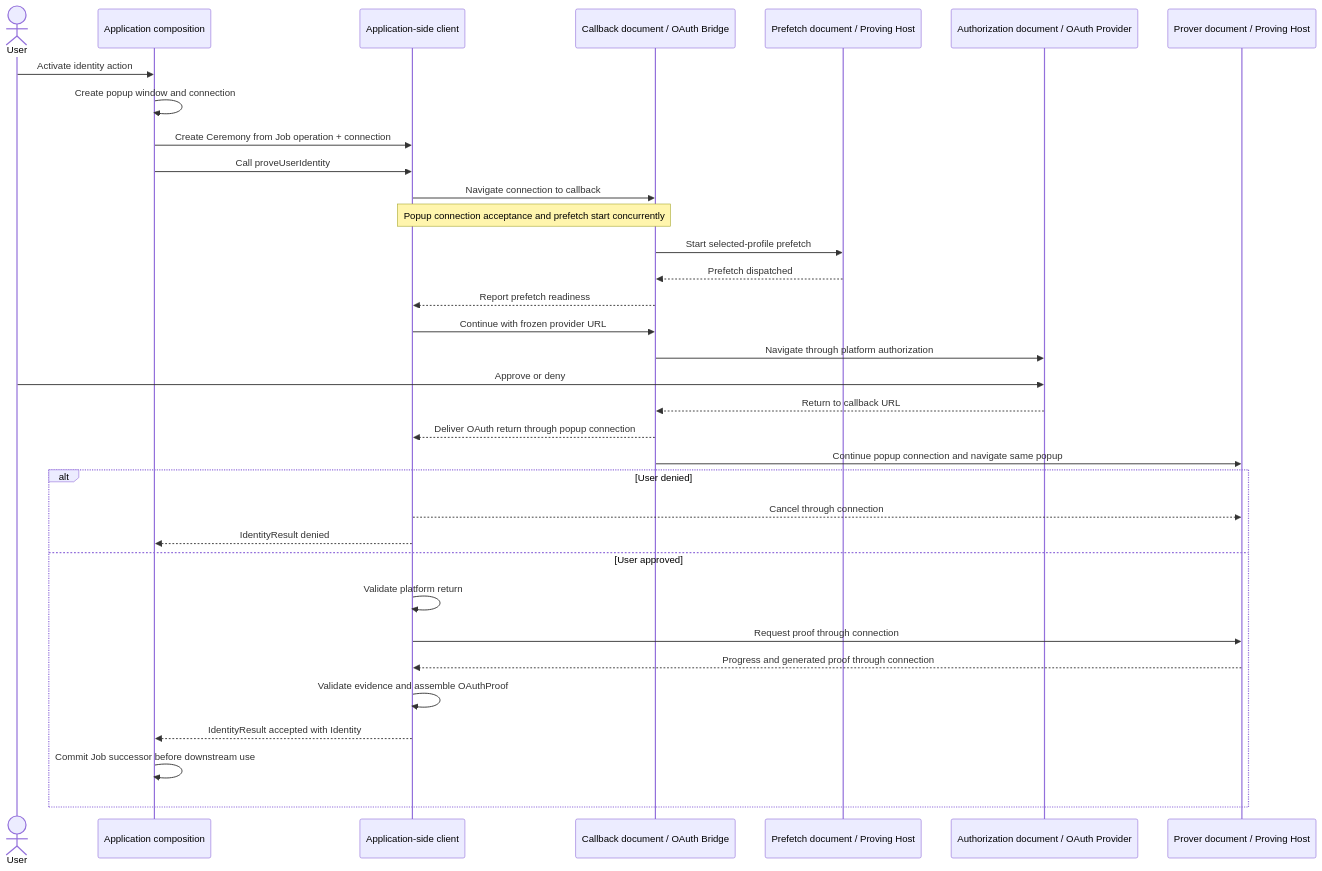
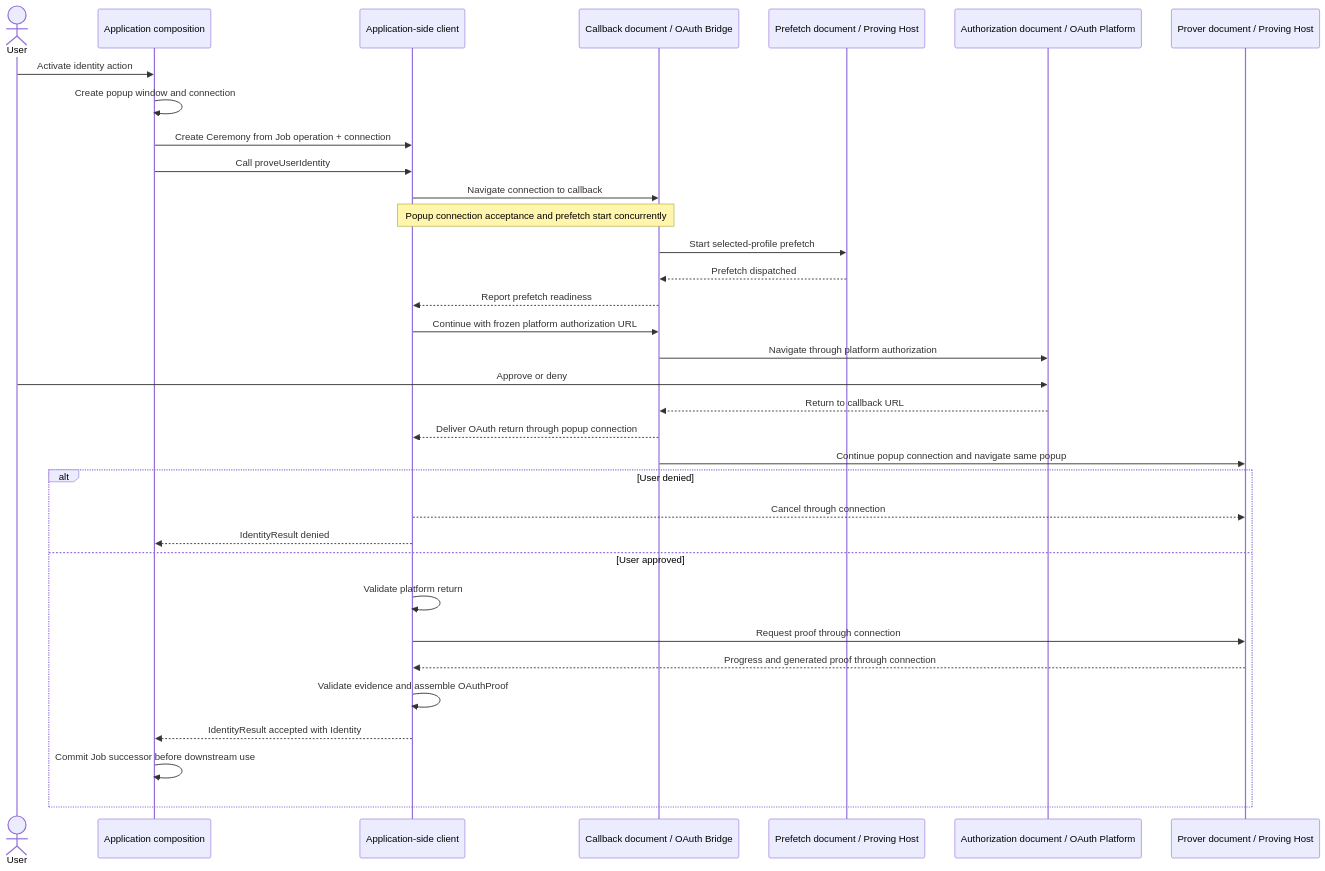
Before and after one commit to libid-org/libid: the diagram in ts/packages/ceremony/ARCHITECTURE.md, drawn with Mermaid. The commit also changed other lines of this file and 7 other files, not shown here.

````diff
--- a/ts/packages/ceremony/ARCHITECTURE.md
+++ b/ts/packages/ceremony/ARCHITECTURE.md
@@ -43,37 +43,37 @@
 ```mermaid
 sequenceDiagram
     actor U as User
     participant A as Application composition
     participant C as Application-side client
     participant P as Callback document / OAuth Bridge
     participant F as Prefetch document / Proving Host
-    participant O as Authorization document / OAuth Provider
+    participant O as Authorization document / OAuth Platform
     participant R as Prover document / Proving Host
 
     U->>A: Activate identity action
     A->>A: Create popup window and connection
     A->>C: Create Ceremony from Job operation + connection
     A->>C: Call proveUserIdentity
     C->>P: Navigate connection to callback
     Note over C,P: Popup connection acceptance and prefetch start concurrently
     P->>F: Start selected-profile prefetch
     F-->>P: Prefetch dispatched
     P-->>C: Report prefetch readiness
-    C->>P: Continue with frozen provider URL
+    C->>P: Continue with frozen platform authorization URL
     P->>O: Navigate through platform authorization
     U->>O: Approve or deny
     O-->>P: Return to callback URL
     P-->>C: Deliver OAuth return through popup connection
     P->>R: Continue popup connection and navigate same popup
     alt User denied
         C-->>R: Cancel through connection
         C-->>A: IdentityResult denied
     else User approved
         C->>C: Validate platform return
         C->>R: Request proof through connection
         R-->>C: Progress and generated proof through connection
         C->>C: Validate evidence and assemble OAuthProof
         C-->>A: IdentityResult accepted with Identity
         A->>A: Commit Job successor before downstream use
     end
 ```
````
